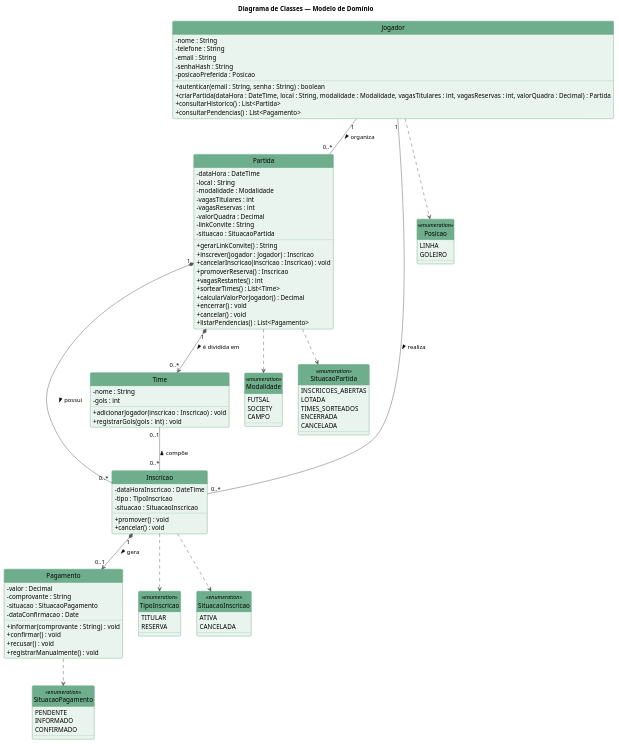
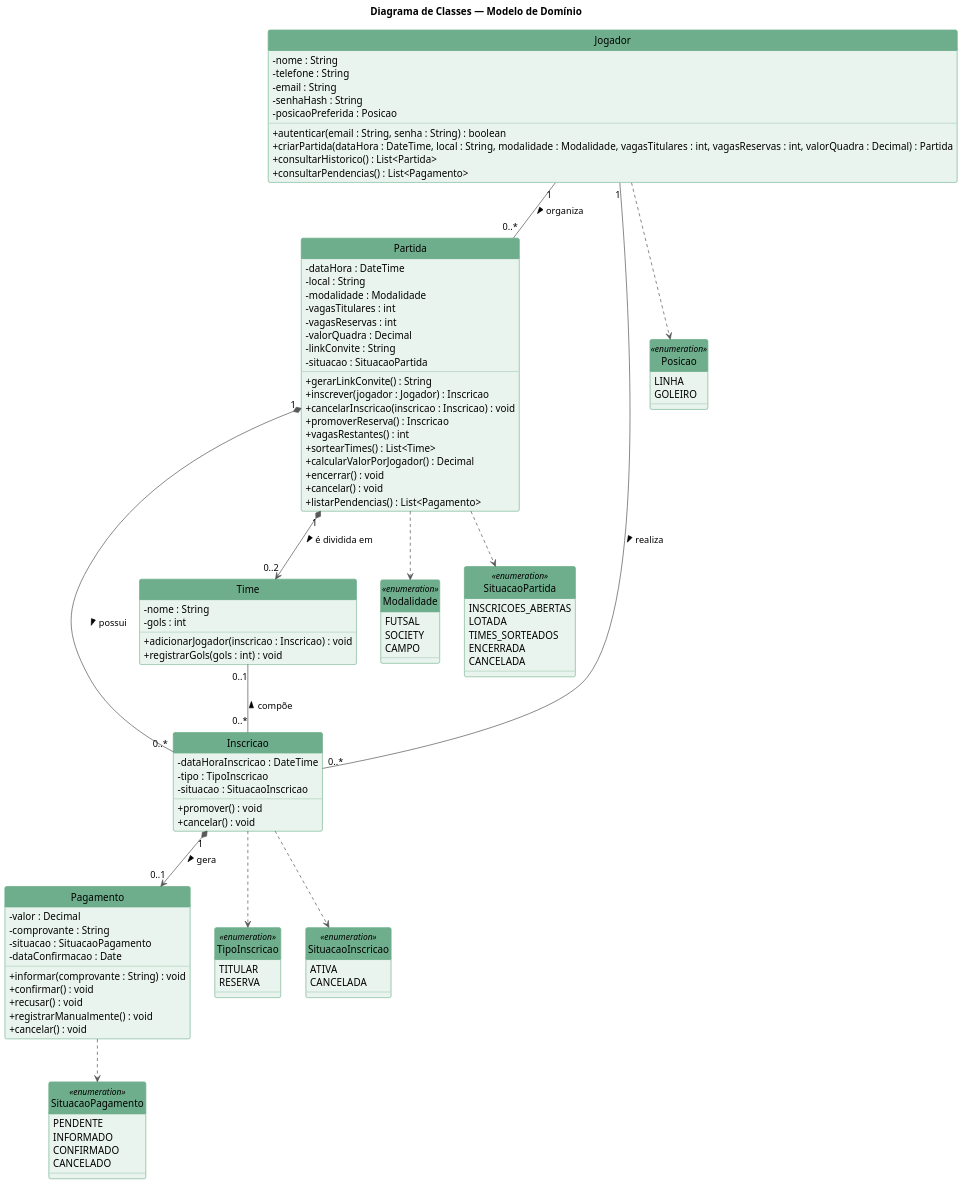
One commit to VictorAndreon/Organizador-futebol-amador changed the diagram in diagramas/classes_dominio.puml. Above: the diagram before and after it, drawn with PlantUML. The commit also changed 10 other files, not shown here.

```diff
--- a/diagramas/classes_dominio.puml
+++ b/diagramas/classes_dominio.puml
@@ -1,124 +1,128 @@
 @startuml classes_dominio
 title Diagrama de Classes — Modelo de Domínio
+
+skinparam dpi 150
 
 hide circle
 skinparam ArrowColor #58595B
 skinparam classAttributeIconSize 0
 skinparam class {
   BackgroundColor #EAF4EE
   BorderColor #6FAE8C
   HeaderBackgroundColor #6FAE8C
   HeaderFontColor #FFFFFF
 }
 
 class Jogador {
   - nome : String
   - telefone : String
   - email : String
   - senhaHash : String
   - posicaoPreferida : Posicao
   + autenticar(email : String, senha : String) : boolean
   + criarPartida(dataHora : DateTime, local : String, modalidade : Modalidade, vagasTitulares : int, vagasReservas : int, valorQuadra : Decimal) : Partida
   + consultarHistorico() : List<Partida>
   + consultarPendencias() : List<Pagamento>
 }
 
 class Partida {
   - dataHora : DateTime
   - local : String
   - modalidade : Modalidade
   - vagasTitulares : int
   - vagasReservas : int
   - valorQuadra : Decimal
   - linkConvite : String
   - situacao : SituacaoPartida
   + gerarLinkConvite() : String
   + inscrever(jogador : Jogador) : Inscricao
   + cancelarInscricao(inscricao : Inscricao) : void
   + promoverReserva() : Inscricao
   + vagasRestantes() : int
   + sortearTimes() : List<Time>
   + calcularValorPorJogador() : Decimal
   + encerrar() : void
   + cancelar() : void
   + listarPendencias() : List<Pagamento>
 }
 
 class Inscricao {
   - dataHoraInscricao : DateTime
   - tipo : TipoInscricao
   - situacao : SituacaoInscricao
   + promover() : void
   + cancelar() : void
 }
 
 class Time {
   - nome : String
   - gols : int
   + adicionarJogador(inscricao : Inscricao) : void
   + registrarGols(gols : int) : void
 }
 
 class Pagamento {
   - valor : Decimal
   - comprovante : String
   - situacao : SituacaoPagamento
   - dataConfirmacao : Date
   + informar(comprovante : String) : void
   + confirmar() : void
   + recusar() : void
   + registrarManualmente() : void
+  + cancelar() : void
 }
 
 enum Posicao <<enumeration>> {
   LINHA
   GOLEIRO
 }
 
 enum Modalidade <<enumeration>> {
   FUTSAL
   SOCIETY
   CAMPO
 }
 
 enum SituacaoPartida <<enumeration>> {
   INSCRICOES_ABERTAS
   LOTADA
   TIMES_SORTEADOS
   ENCERRADA
   CANCELADA
 }
 
 enum TipoInscricao <<enumeration>> {
   TITULAR
   RESERVA
 }
 
 enum SituacaoInscricao <<enumeration>> {
   ATIVA
   CANCELADA
 }
 
 enum SituacaoPagamento <<enumeration>> {
   PENDENTE
   INFORMADO
   CONFIRMADO
+  CANCELADO
 }
 
 ' Associações (sem seta = navegável nos dois sentidos)
 Jogador "1" -- "0..*" Partida : organiza >
 Jogador "1" -- "0..*" Inscricao : realiza >
 Partida "1" *-- "0..*" Inscricao : possui >
-Partida "1" *--> "0..*" Time : é dividida em >
+Partida "1" *--> "0..2" Time : é dividida em >
 Time "0..1" -- "0..*" Inscricao : compõe <
 Inscricao "1" *--> "0..1" Pagamento : gera >
 
 ' Enumerações usadas pelas classes
 Jogador ..> Posicao
 Partida ..> Modalidade
 Partida ..> SituacaoPartida
 Inscricao ..> TipoInscricao
 Inscricao ..> SituacaoInscricao
 Pagamento ..> SituacaoPagamento
 
 @enduml
```
